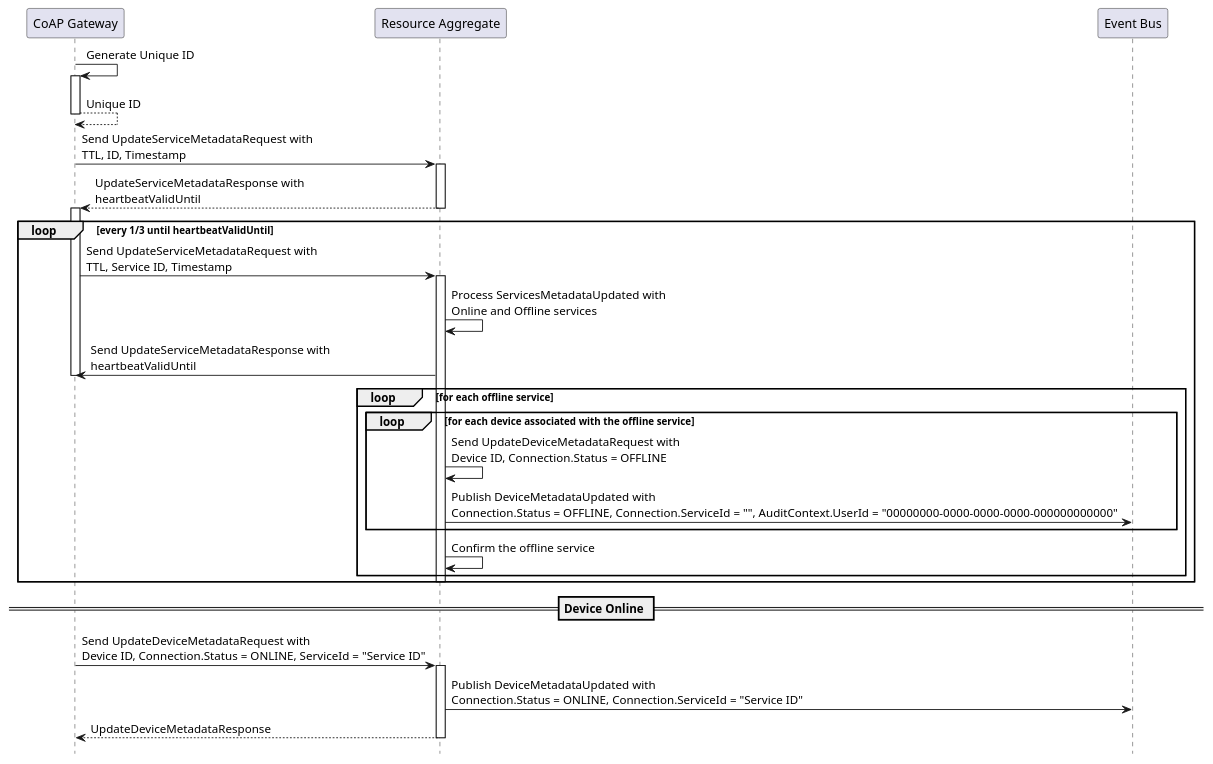
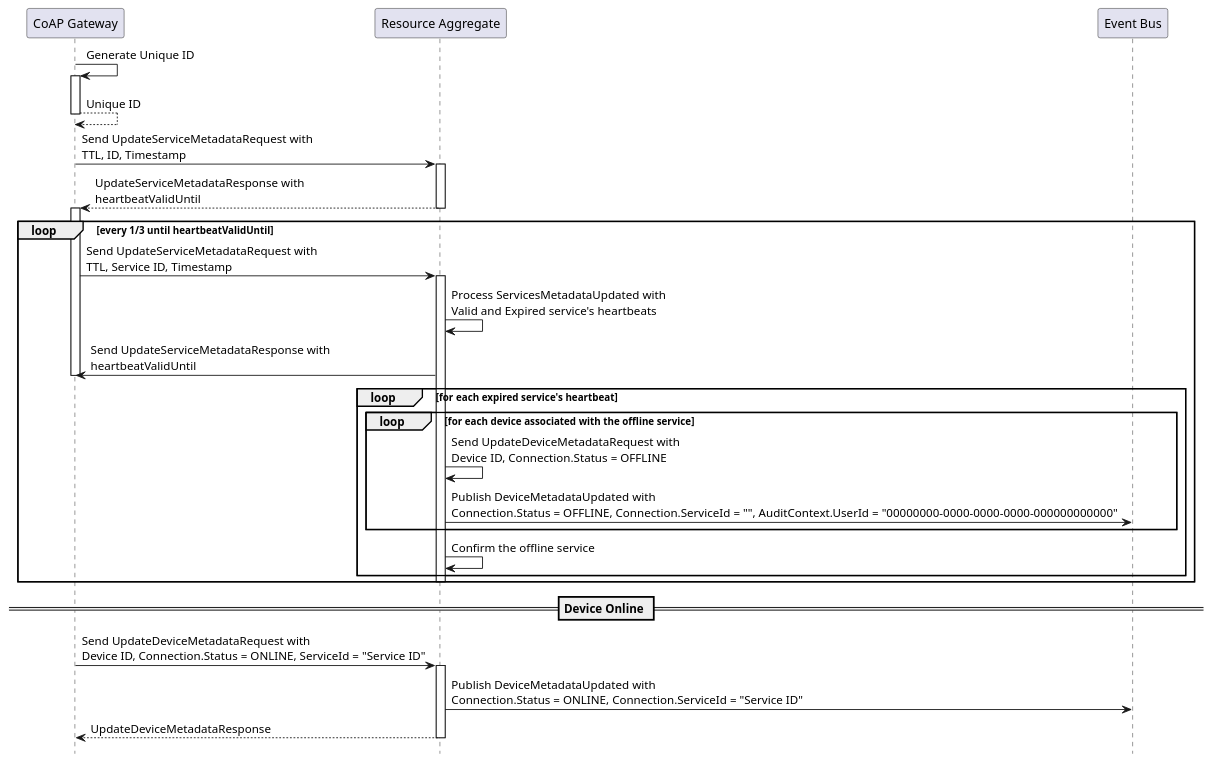
The diagram in content/en/docs/features/monitoring-and-diagnostics/monitoring-device-connectivity.md (plgd-dev/doc), drawn with PlantUML before and after one commit. The commit also changed other lines of this file, not shown here.

```diff
--- a/content/en/docs/features/monitoring-and-diagnostics/monitoring-device-connectivity.md
+++ b/content/en/docs/features/monitoring-and-diagnostics/monitoring-device-connectivity.md
@@ -30,37 +32,37 @@
 {{< plantuml id="update-services-metadata" >}}
 @startuml Sequence
 skinparam backgroundColor transparent
 hide footbox
 
 participant CoAPGateway as "CoAP Gateway"
 participant ResourceAggregate as "Resource Aggregate"
 participant EventBus as "Event Bus"
 
 CoAPGateway -> CoAPGateway++: Generate Unique ID
 return Unique ID
 CoAPGateway -> ResourceAggregate++: Send UpdateServiceMetadataRequest with\nTTL, ID, Timestamp
 return UpdateServiceMetadataResponse with\nheartbeatValidUntil
 activate CoAPGateway
 loop every 1/3 until heartbeatValidUntil
    CoAPGateway -> ResourceAggregate++: Send UpdateServiceMetadataRequest with\nTTL, Service ID, Timestamp
-   ResourceAggregate -> ResourceAggregate: Process ServicesMetadataUpdated with\nOnline and Offline services
+   ResourceAggregate -> ResourceAggregate: Process ServicesMetadataUpdated with\nValid and Expired service's heartbeats
    ResourceAggregate -> CoAPGateway: Send UpdateServiceMetadataResponse with\nheartbeatValidUntil
    deactivate CoAPGateway
-   loop for each offline service
+   loop for each expired service's heartbeat
       loop for each device associated with the offline service
          ResourceAggregate -> ResourceAggregate: Send UpdateDeviceMetadataRequest with\nDevice ID, Connection.Status = OFFLINE
          ResourceAggregate -> EventBus: Publish DeviceMetadataUpdated with\nConnection.Status = OFFLINE, Connection.ServiceId = "", AuditContext.UserId = "00000000-0000-0000-0000-000000000000"
       end
       ResourceAggregate -> ResourceAggregate: Confirm the offline service
    end
    deactivate ResourceAggregate
 end
 
 == Device Online ==
 
 CoAPGateway -> ResourceAggregate++ : Send UpdateDeviceMetadataRequest with\nDevice ID, Connection.Status = ONLINE, ServiceId = "Service ID"
 ResourceAggregate -> EventBus: Publish DeviceMetadataUpdated with\nConnection.Status = ONLINE, Connection.ServiceId = "Service ID"
 return UpdateDeviceMetadataResponse
 
 @enduml
 {{< /plantuml >}}
```
